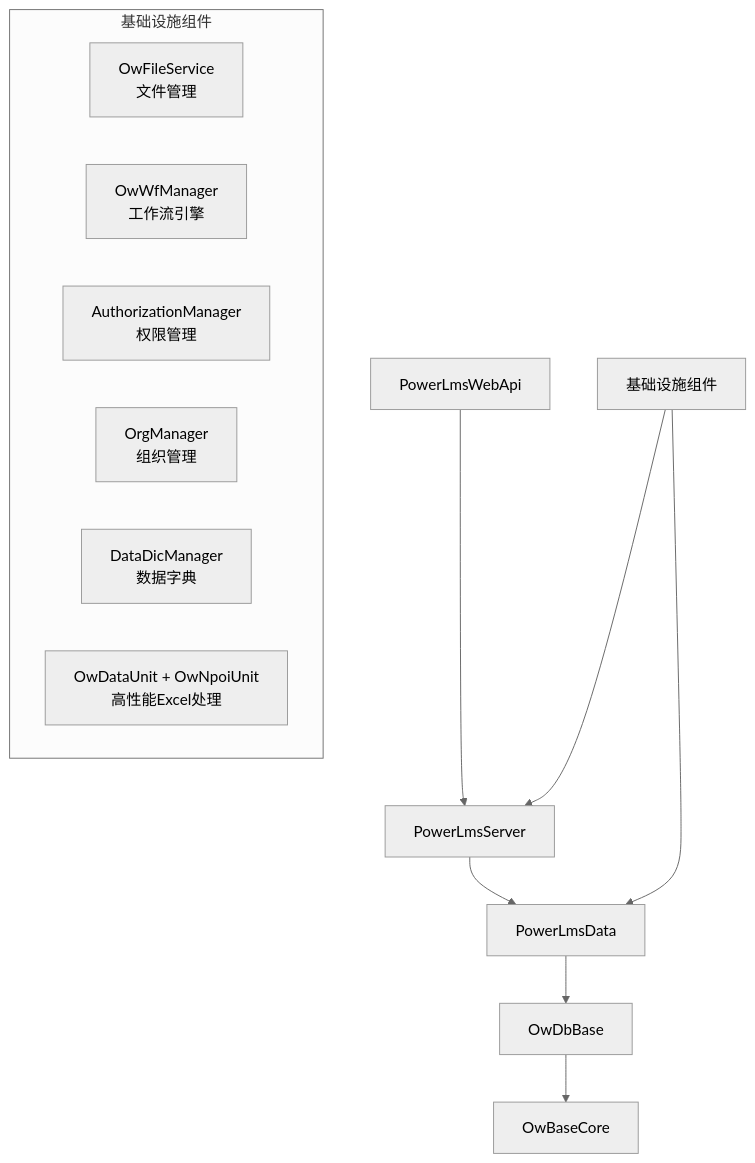
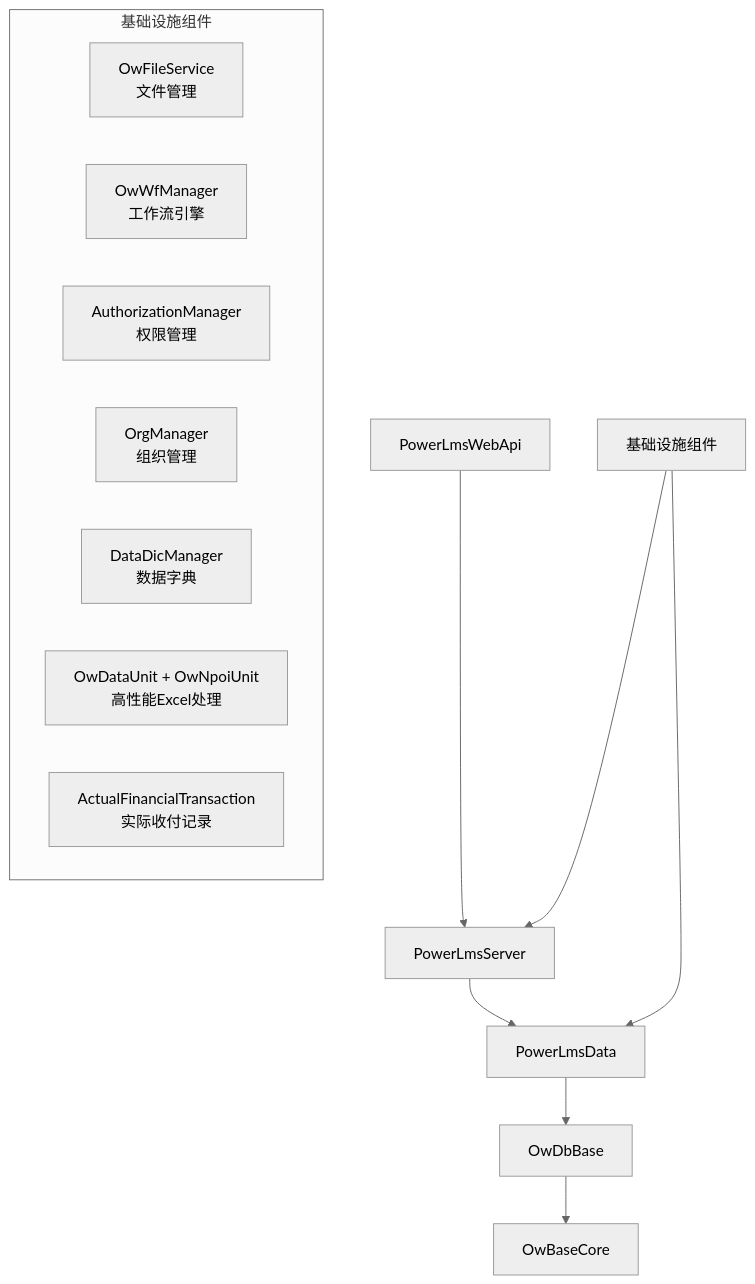
Before and after one commit to ourworldcn/PowerLms: the diagram in README.md, drawn with Mermaid (neutral theme). The commit also changed other lines of this file and 99 other files, not shown here.

````diff
--- a/README.md
+++ b/README.md
@@ -73,19 +73,20 @@
 ```mermaid
 graph TD
     A[PowerLmsWebApi] --> B[PowerLmsServer]
     B --> C[PowerLmsData]
     C --> D[OwDbBase]
     D --> E[OwBaseCore]
     
     F[基础设施组件] --> B
     F --> C
     
     subgraph "基础设施组件"
         G[OwFileService<br/>文件管理]
         H[OwWfManager<br/>工作流引擎]
         I[AuthorizationManager<br/>权限管理]
         J[OrgManager<br/>组织管理]
         K[DataDicManager<br/>数据字典]
         L[OwDataUnit + OwNpoiUnit<br/>高性能Excel处理]
+        M[ActualFinancialTransaction<br/>实际收付记录]
     end
 ```
````
